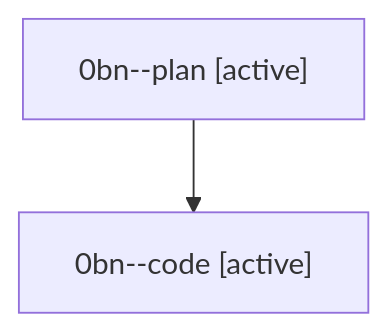
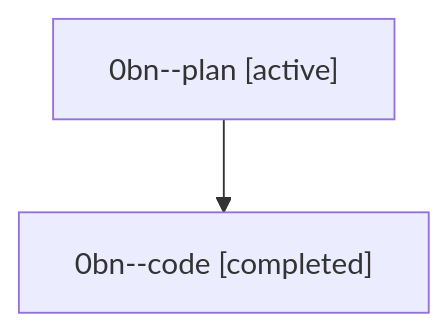
Before and after one commit to sase-org/sase--agents: the diagram in families/bbugyi200.athena.0bn.md, drawn with Mermaid. The commit also changed other lines of this file and 35830 other files, not shown here.

````diff
--- a/families/bbugyi200.athena.0bn.md
+++ b/families/bbugyi200.athena.0bn.md
@@ -9,6 +9,6 @@
 ```mermaid
 flowchart TD
   n0["0bn--plan [active]"]
-  n1["0bn--code [active]"]
+  n1["0bn--code [completed]"]
   n0 --> n1
 ```
````
